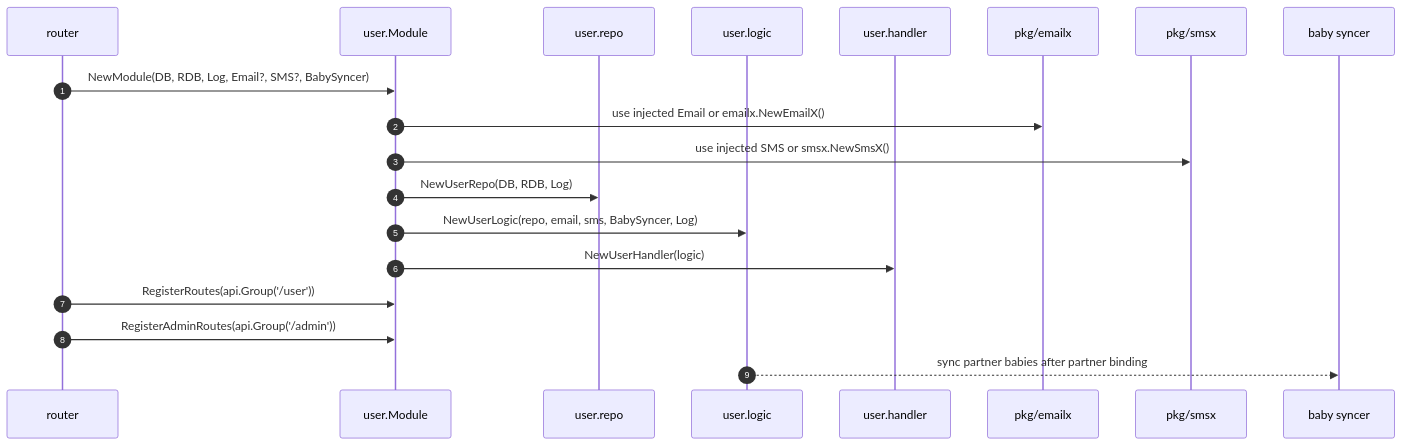
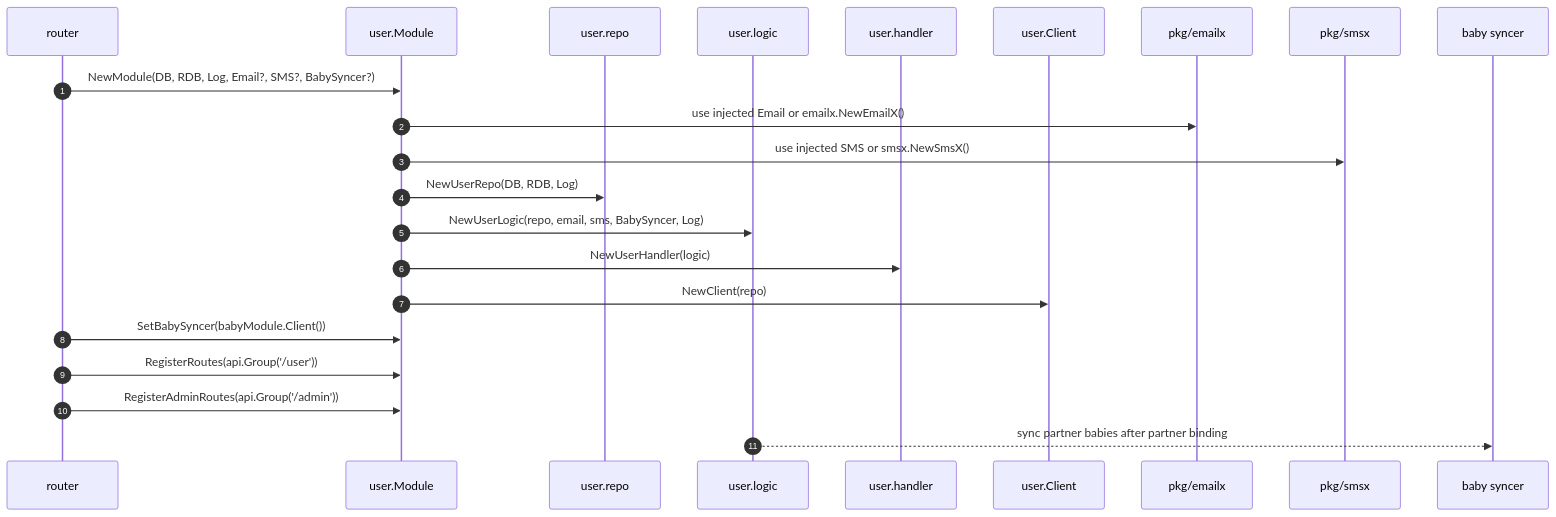
Before and after one commit to Goblin-Master/nurture: the first of 5 diagrams in internal/user/doc/README.md, drawn with Mermaid. The commit also changed other lines of this file and 14 other files, not shown here.

````diff
--- a/internal/user/doc/README.md
+++ b/internal/user/doc/README.md
@@ -7,22 +7,25 @@
 ```mermaid
 sequenceDiagram
   autonumber
   participant Router as router
   participant Module as user.Module
   participant Repo as user.repo
   participant Logic as user.logic
   participant Handler as user.handler
+  participant UserClient as user.Client
   participant Email as pkg/emailx
   participant SMS as pkg/smsx
   participant Baby as baby syncer
 
-  Router->>Module: NewModule(DB, RDB, Log, Email?, SMS?, BabySyncer)
+  Router->>Module: NewModule(DB, RDB, Log, Email?, SMS?, BabySyncer?)
   Module->>Email: use injected Email or emailx.NewEmailX()
   Module->>SMS: use injected SMS or smsx.NewSmsX()
   Module->>Repo: NewUserRepo(DB, RDB, Log)
   Module->>Logic: NewUserLogic(repo, email, sms, BabySyncer, Log)
   Module->>Handler: NewUserHandler(logic)
+  Module->>UserClient: NewClient(repo)
+  Router->>Module: SetBabySyncer(babyModule.Client())
   Router->>Module: RegisterRoutes(api.Group('/user'))
   Router->>Module: RegisterAdminRoutes(api.Group('/admin'))
   Logic-->>Baby: sync partner babies after partner binding
 ```
````
